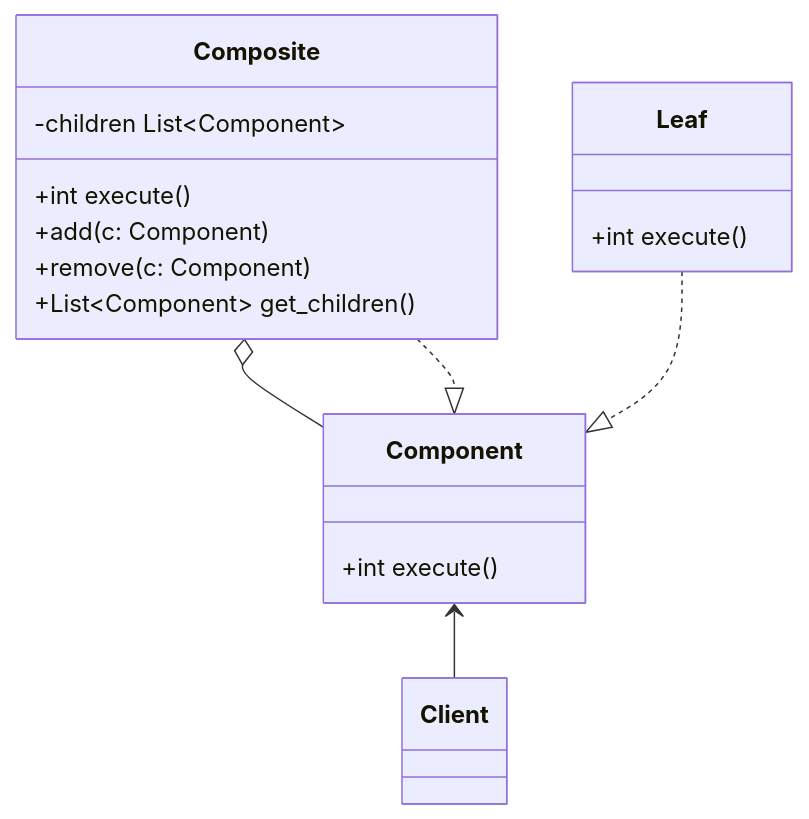
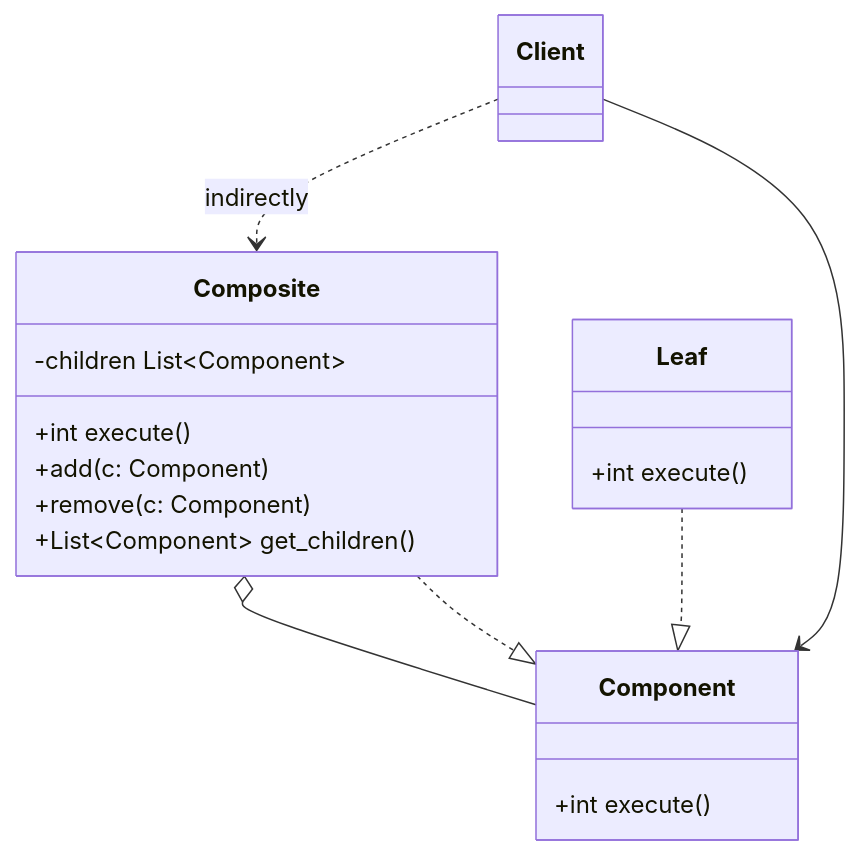
The diagram in theory/structural/composite/notes.md (Leartiz/try_patterns), drawn with Mermaid before and after one commit. The commit also changed 20 other files, not shown here.

````diff
--- a/theory/structural/composite/notes.md
+++ b/theory/structural/composite/notes.md
@@ -9,31 +9,33 @@
 ```mermaid
 classDiagram
 
 %% nodes
 
     class Client{
     }
 
     class Component{
         +int execute()
     }
 
     class Leaf{
         +int execute()
     }
 
     class Composite{
         -children List~Component~
         +int execute()
         +add(c: Component)
         +remove(c: Component)
         +List~Component~ get_children()
     }
 
 %% edges
 
     Composite o-- Component
     Composite ..|> Component
     Leaf ..|> Component
+
     Component <-- Client 
+    Client ..> Composite : indirectly
 ```
````
